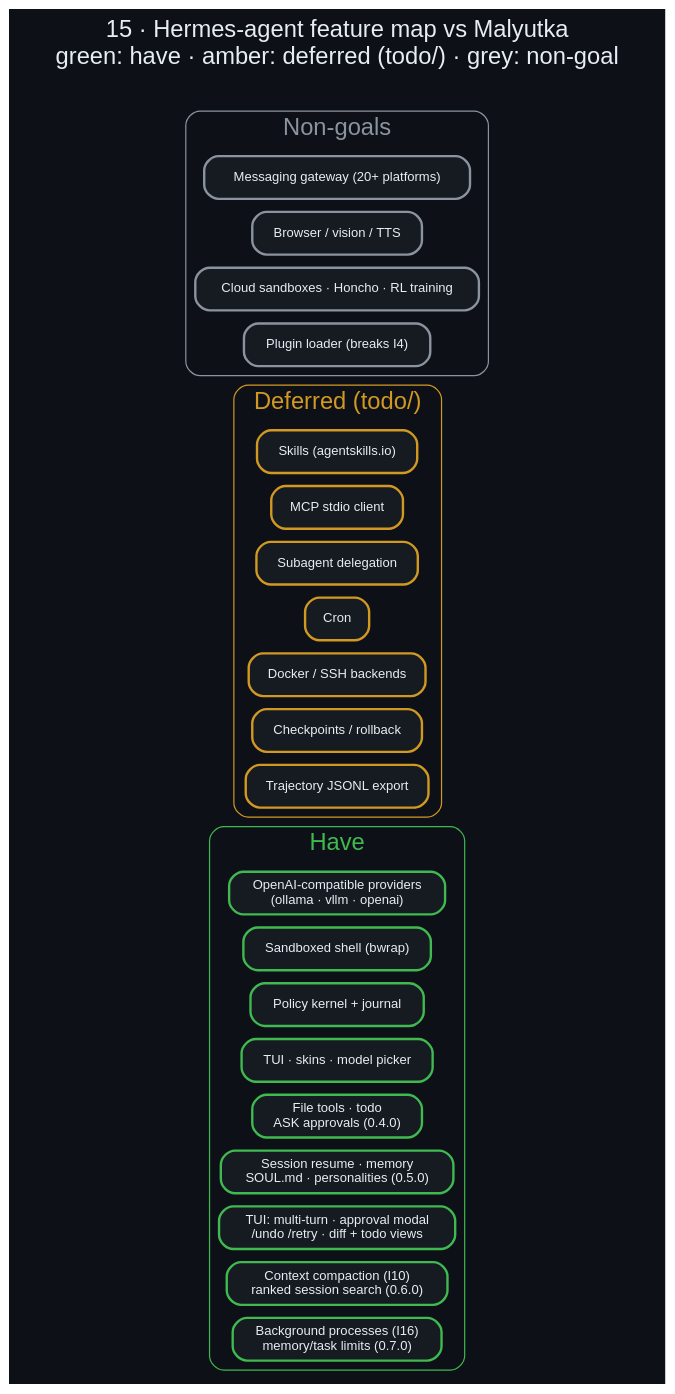
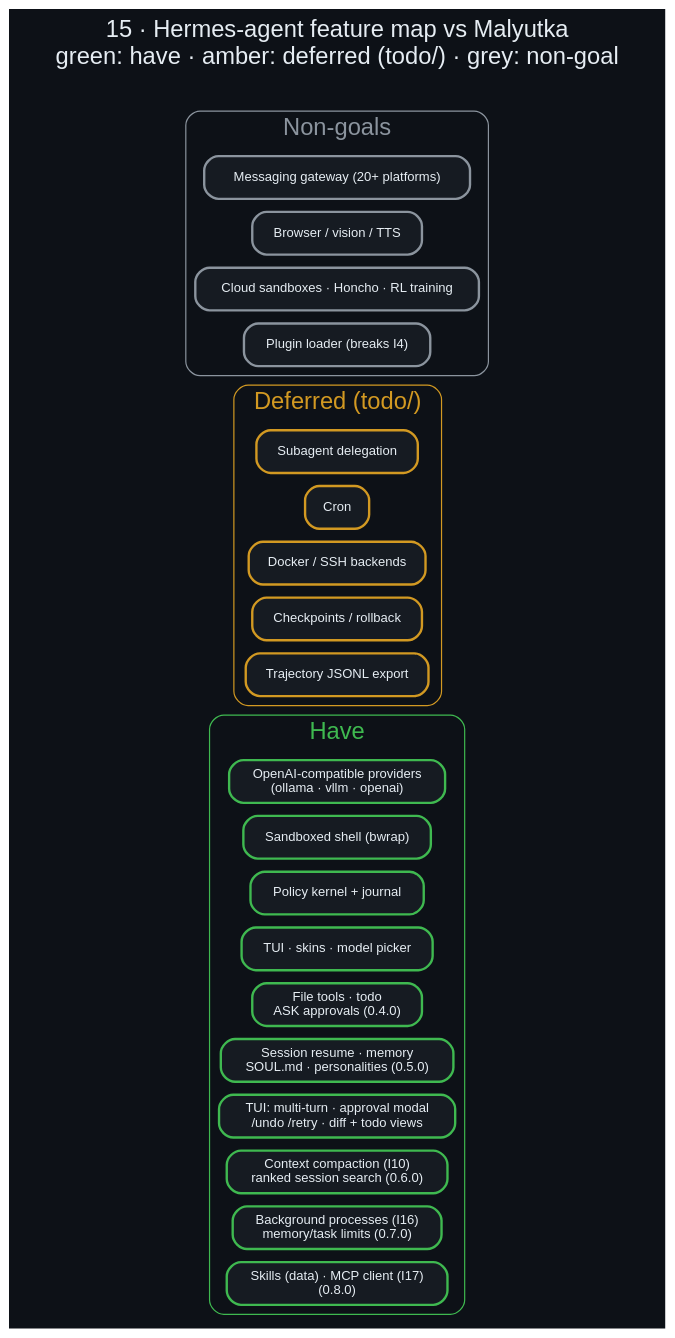
Before and after one commit to danindiana/malyutka: the diagram in docs/diagrams/15_hermes_gap_map.dot, drawn with Graphviz. The commit also changed 49 other files, not shown here.

First line of the commit message:
feat: skills and an MCP stdio client (v0.8.0)

```diff
--- a/docs/diagrams/15_hermes_gap_map.dot
+++ b/docs/diagrams/15_hermes_gap_map.dot
@@ -1,31 +1,30 @@
 digraph gap {
     graph [bgcolor="#0d1117", fontname="Helvetica", fontcolor="#e6edf3", labelloc="t", fontsize=20, rankdir=LR,
            label="15 · Hermes-agent feature map vs Malyutka\ngreen: have · amber: deferred (todo/) · grey: non-goal\n ", nodesep=0.15, ranksep=0.7];
     node  [fontname="Helvetica", fontcolor="#e6edf3", color="#30363d", style="filled,rounded", shape=box, penwidth=2, margin="0.22,0.14", fillcolor="#161b22", fontsize=12];
     edge  [color="#8b949e", fontname="Helvetica", fontcolor="#adbac7", penwidth=1.5, arrowsize=0.85, fontsize=10];
     node [fontsize=11, margin="0.15,0.08"];
 
     subgraph cluster_have { label="Have"; fontcolor="#3fb950"; color="#3fb950"; style="rounded";
       h1 [label="OpenAI-compatible providers\n(ollama · vllm · openai)", color="#3fb950"];
       h2 [label="Sandboxed shell (bwrap)", color="#3fb950"];
       h3 [label="Policy kernel + journal", color="#3fb950"];
       h4 [label="TUI · skins · model picker", color="#3fb950"];
       h5 [label="File tools · todo\nASK approvals (0.4.0)", color="#3fb950"];
       h6 [label="Session resume · memory\nSOUL.md · personalities (0.5.0)", color="#3fb950"];
       h7 [label="TUI: multi-turn · approval modal\n/undo /retry · diff + todo views", color="#3fb950"];
       h8 [label="Context compaction (I10)\nranked session search (0.6.0)", color="#3fb950"];
-      h9 [label="Background processes (I16)\nmemory/task limits (0.7.0)", color="#3fb950"]; }
+      h9 [label="Background processes (I16)\nmemory/task limits (0.7.0)", color="#3fb950"];
+      h10 [label="Skills (data) · MCP client (I17)\n(0.8.0)", color="#3fb950"]; }
     subgraph cluster_def { label="Deferred (todo/)"; fontcolor="#d29922"; color="#d29922"; style="rounded";
-      d3 [label="Skills (agentskills.io)", color="#d29922"];
-      d4 [label="MCP stdio client", color="#d29922"];
       d5 [label="Subagent delegation", color="#d29922"];
       d6 [label="Cron", color="#d29922"];
       d7 [label="Docker / SSH backends", color="#d29922"];
       d8 [label="Checkpoints / rollback", color="#d29922"];
       d9 [label="Trajectory JSONL export", color="#d29922"]; }
     subgraph cluster_no { label="Non-goals"; fontcolor="#8b949e"; color="#8b949e"; style="rounded";
       g1 [label="Messaging gateway (20+ platforms)", color="#8b949e"];
       g2 [label="Browser / vision / TTS", color="#8b949e"];
       g3 [label="Cloud sandboxes · Honcho · RL training", color="#8b949e"];
       g4 [label="Plugin loader (breaks I4)", color="#8b949e"]; }
 }
```
